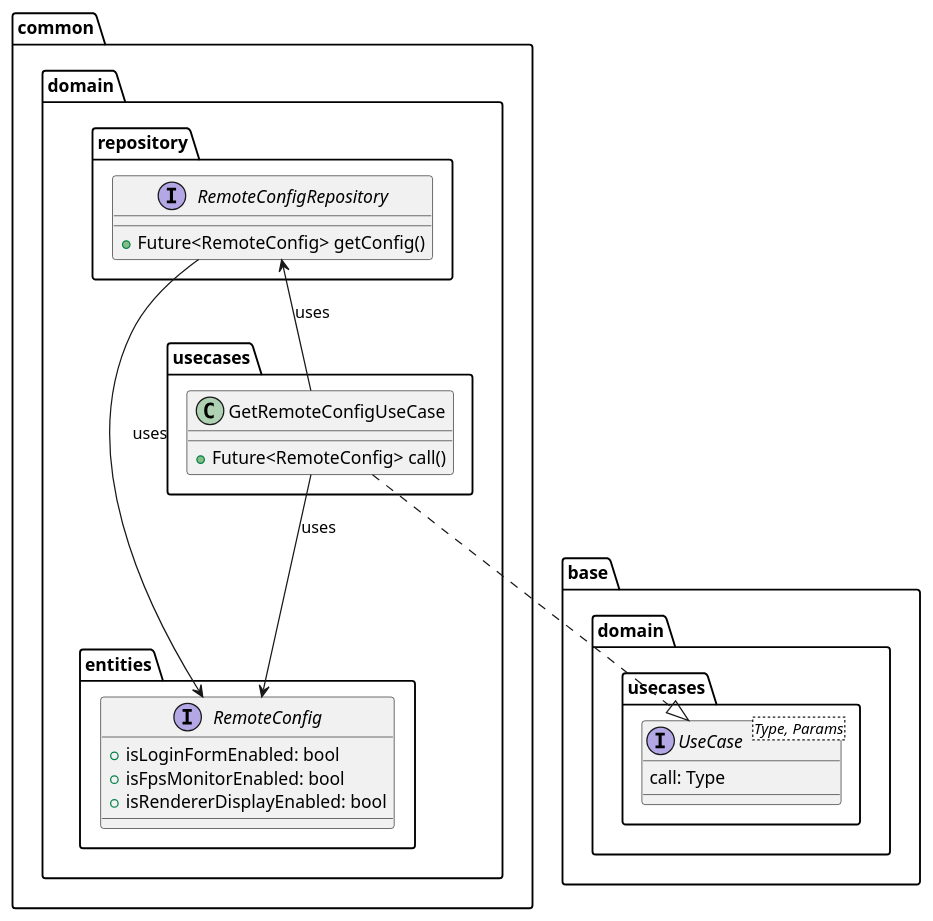
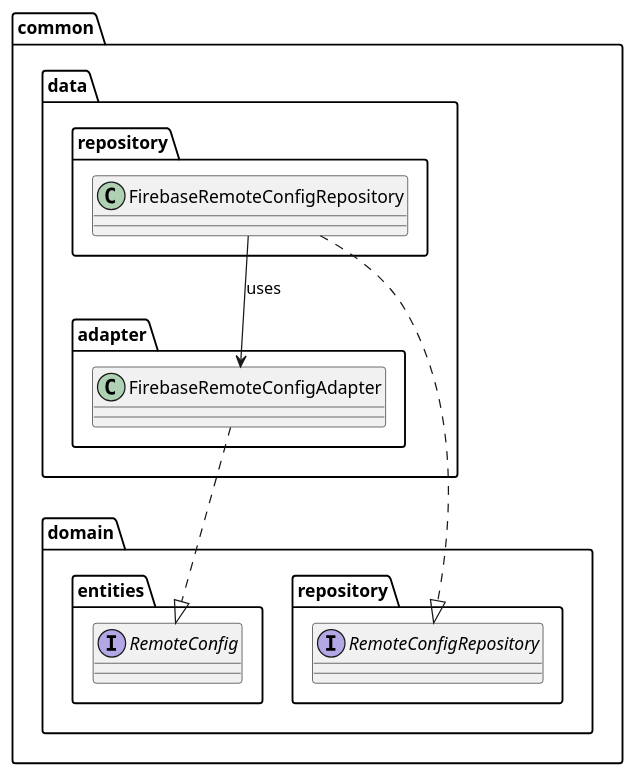
Before and after one commit to Flank/flank-dashboard: the diagram in metrics/web/docs/features/remote_config/diagrams/remote_config_data_class.puml, drawn with PlantUML. The commit also changed 1 other file, not shown here.

```diff
--- a/metrics/web/docs/features/remote_config/diagrams/remote_config_data_class.puml
+++ b/metrics/web/docs/features/remote_config/diagrams/remote_config_data_class.puml
@@ -1,37 +1,26 @@
 @startuml
 
-package base.domain.usecases {
-    interface UseCase<Type, Params> {
-        call: Type
+package common.domain.repository {
+    interface RemoteConfigRepository {}
+}
+
+package common.domain.entities {
+    interface RemoteConfig {}
+}
+
+package common.data {
+    package repository {
+        class FirebaseRemoteConfigRepository {}
+    }
+
+    package adapter {
+        class FirebaseRemoteConfigAdapter {}
     }
 }
 
-package common.domain {
-    package repository {
-        interface RemoteConfigRepository {
-            + Future<RemoteConfig> getConfig()
-        }
-    }
+FirebaseRemoteConfigRepository ..|> RemoteConfigRepository
+FirebaseRemoteConfigRepository --> FirebaseRemoteConfigAdapter : uses
 
-    package entities {
-        interface RemoteConfig {
-            + isLoginFormEnabled: bool
-            + isFpsMonitorEnabled: bool
-            + isRendererDisplayEnabled: bool
-        }
-    }
-
-    package usecases {
-        class GetRemoteConfigUseCase {
-            + Future<RemoteConfig> call()
-        }
-    }
-}
-
-GetRemoteConfigUseCase ..|> UseCase
-GetRemoteConfigUseCase -up-> RemoteConfigRepository : uses
-GetRemoteConfigUseCase --> RemoteConfig : uses
-
-RemoteConfigRepository --> RemoteConfig: uses
+FirebaseRemoteConfigAdapter ..|> RemoteConfig
 
 @enduml
```
